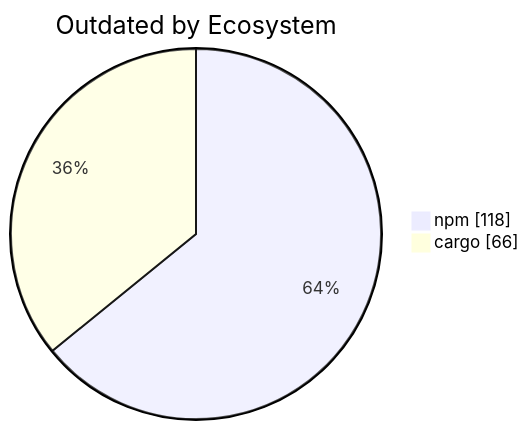
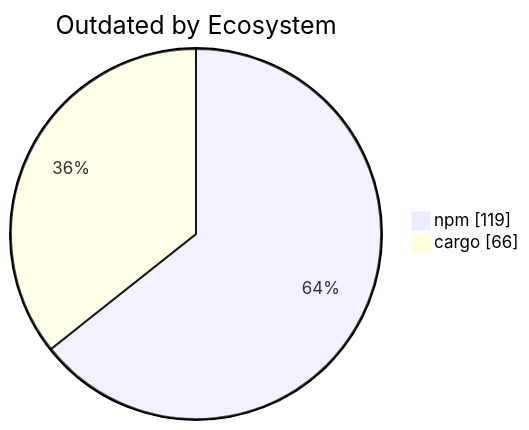
The diagram in apps/kbve/astro-kbve/src/content/docs/dashboard/deps.mdx (KBVE/kbve), drawn with Mermaid before and after one commit. The commit also changed other lines of this file and 1 other file, not shown here.

````diff
--- a/apps/kbve/astro-kbve/src/content/docs/dashboard/deps.mdx
+++ b/apps/kbve/astro-kbve/src/content/docs/dashboard/deps.mdx
@@ -109,6 +109,6 @@
 ```mermaid
 pie showData
     title Outdated by Ecosystem
-    "npm" : 118
+    "npm" : 119
     "cargo" : 66
 ```
````
